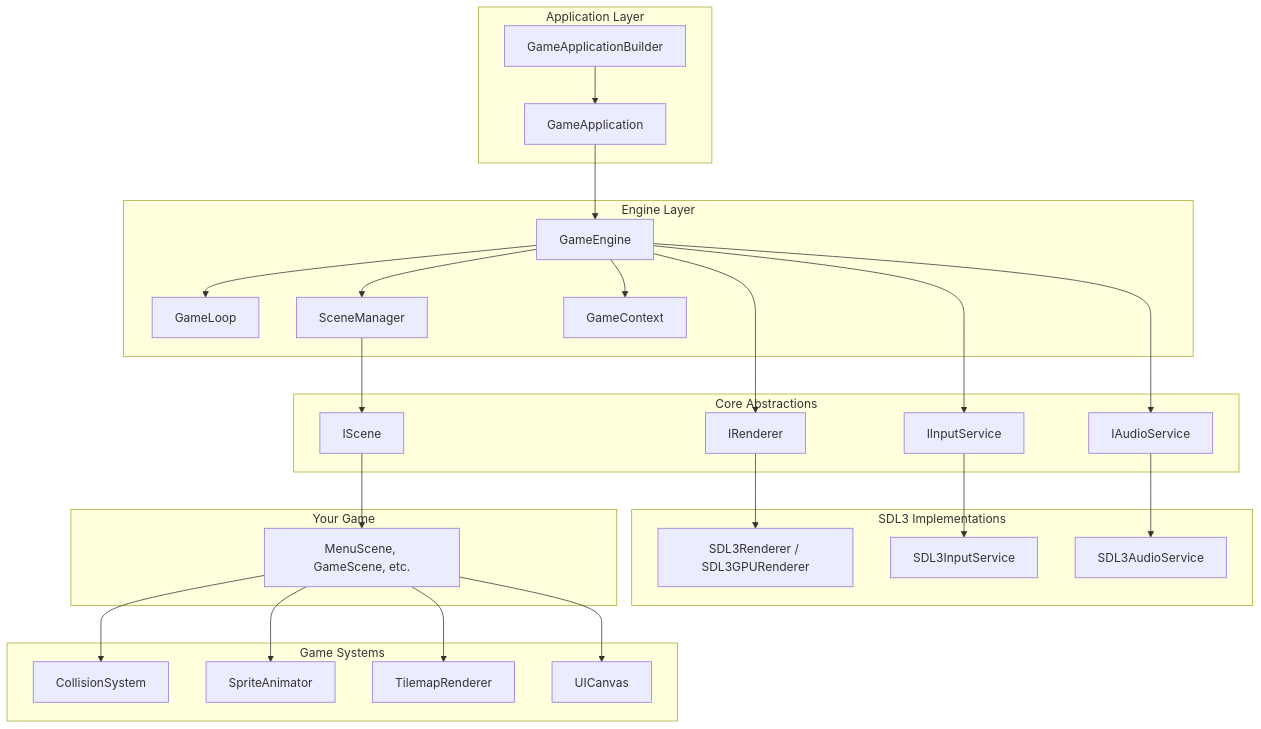
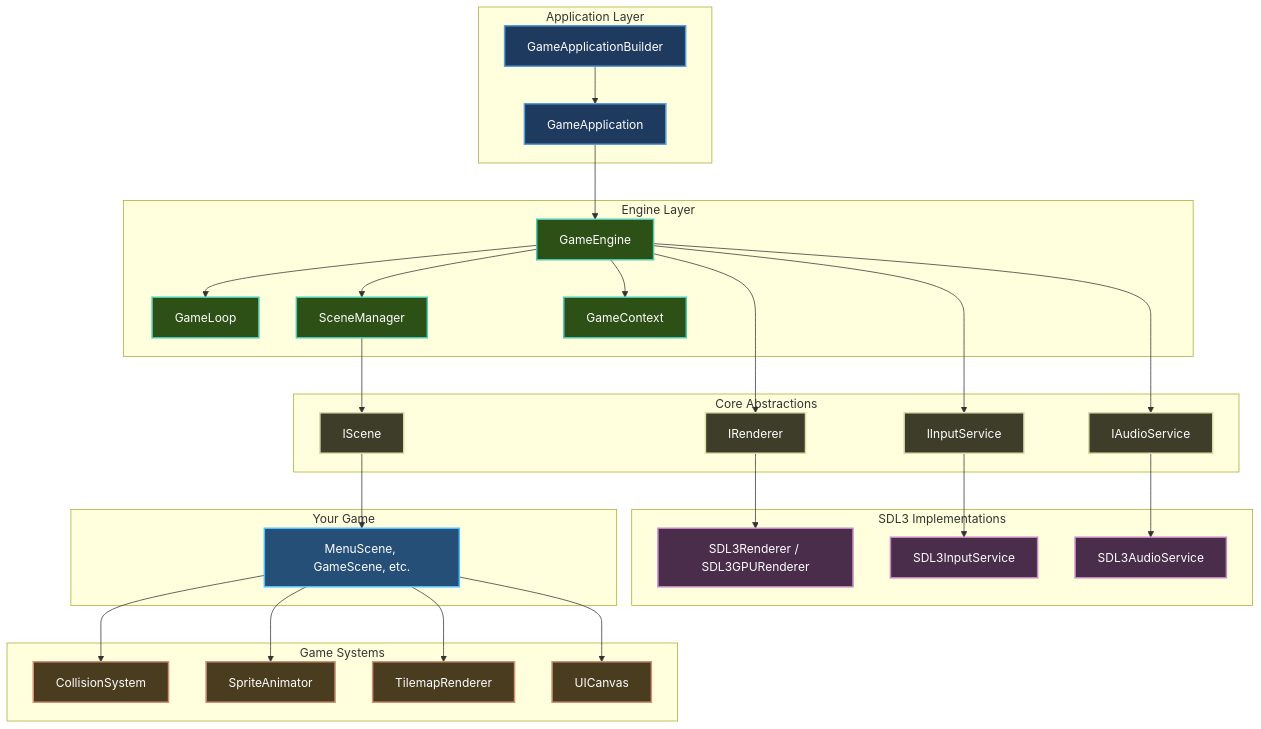
One commit to CrazyPickleStudios/Brine2D-Documentation changed the first of 4 diagrams in docs/concepts/architecture.md. Above: the diagram before and after it, drawn with Mermaid. The commit also changed other lines of this file and 9 other files, not shown here.

````diff
--- a/docs/concepts/architecture.md
+++ b/docs/concepts/architecture.md
@@ -12,60 +12,79 @@
 ```mermaid
 graph TB
     subgraph "Application Layer"
         APP["GameApplication"]
         BUILDER["GameApplicationBuilder"]
     end
     
     subgraph "Engine Layer"
         ENGINE["GameEngine"]
         LOOP["GameLoop"]
         SCENEMGR["SceneManager"]
         CONTEXT["GameContext"]
     end
     
     subgraph "Core Abstractions"
         ISCENE["IScene"]
         IRENDERER["IRenderer"]
         IINPUT["IInputService"]
         IAUDIO["IAudioService"]
     end
     
     subgraph "SDL3 Implementations"
         SDL_RENDER["SDL3Renderer / SDL3GPURenderer"]
         SDL_INPUT["SDL3InputService"]
         SDL_AUDIO["SDL3AudioService"]
     end
     
     subgraph "Game Systems"
         COLLISION["CollisionSystem"]
         ANIMATION["SpriteAnimator"]
         TILEMAP["TilemapRenderer"]
         UI["UICanvas"]
     end
     
     subgraph "Your Game"
         SCENES["MenuScene, GameScene, etc."]
     end
     
     APP --> ENGINE
     BUILDER --> APP
     ENGINE --> LOOP
     ENGINE --> SCENEMGR
     ENGINE --> CONTEXT
     
     SCENEMGR --> ISCENE
     ISCENE --> SCENES
     
     ENGINE --> IRENDERER
     ENGINE --> IINPUT
     ENGINE --> IAUDIO
     
     IRENDERER --> SDL_RENDER
     IINPUT --> SDL_INPUT
     IAUDIO --> SDL_AUDIO
     
     SCENES --> COLLISION
     SCENES --> ANIMATION
     SCENES --> TILEMAP
     SCENES --> UI
+
+    style APP fill:#1e3a5f,stroke:#569cd6,stroke-width:2px,color:#fff
+style BUILDER fill:#1e3a5f,stroke:#569cd6,stroke-width:2px,color:#fff
+style ENGINE fill:#2d5016,stroke:#4ec9b0,stroke-width:2px,color:#fff
+style LOOP fill:#2d5016,stroke:#4ec9b0,stroke-width:2px,color:#fff
+style SCENEMGR fill:#2d5016,stroke:#4ec9b0,stroke-width:2px,color:#fff
+style CONTEXT fill:#2d5016,stroke:#4ec9b0,stroke-width:2px,color:#fff
+style ISCENE fill:#3d3d2a,stroke:#dcdcaa,stroke-width:2px,color:#fff
+style IRENDERER fill:#3d3d2a,stroke:#dcdcaa,stroke-width:2px,color:#fff
+style IINPUT fill:#3d3d2a,stroke:#dcdcaa,stroke-width:2px,color:#fff
+style IAUDIO fill:#3d3d2a,stroke:#dcdcaa,stroke-width:2px,color:#fff
+style SDL_RENDER fill:#4a2d4a,stroke:#c586c0,stroke-width:2px,color:#fff
+style SDL_INPUT fill:#4a2d4a,stroke:#c586c0,stroke-width:2px,color:#fff
+style SDL_AUDIO fill:#4a2d4a,stroke:#c586c0,stroke-width:2px,color:#fff
+style COLLISION fill:#4a3d1f,stroke:#ce9178,stroke-width:2px,color:#fff
+style ANIMATION fill:#4a3d1f,stroke:#ce9178,stroke-width:2px,color:#fff
+style TILEMAP fill:#4a3d1f,stroke:#ce9178,stroke-width:2px,color:#fff
+style UI fill:#4a3d1f,stroke:#ce9178,stroke-width:2px,color:#fff
+style SCENES fill:#264f78,stroke:#4fc1ff,stroke-width:2px,color:#fff
 ```
````
